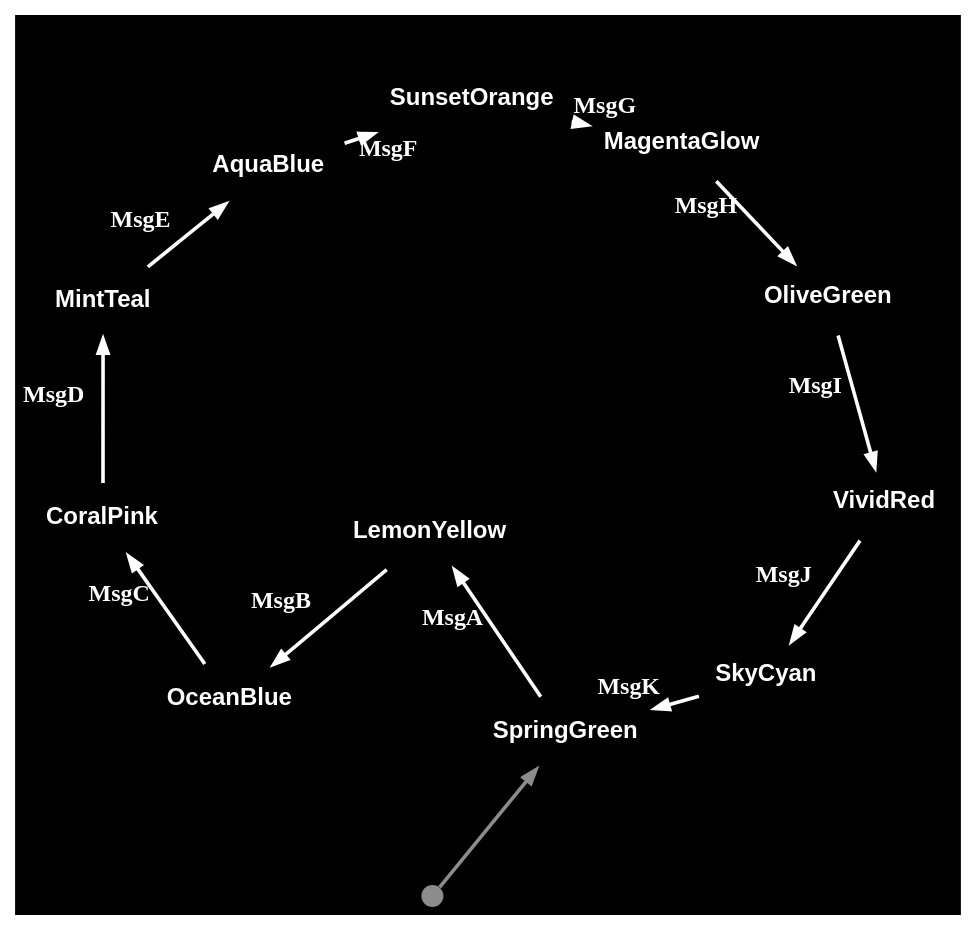
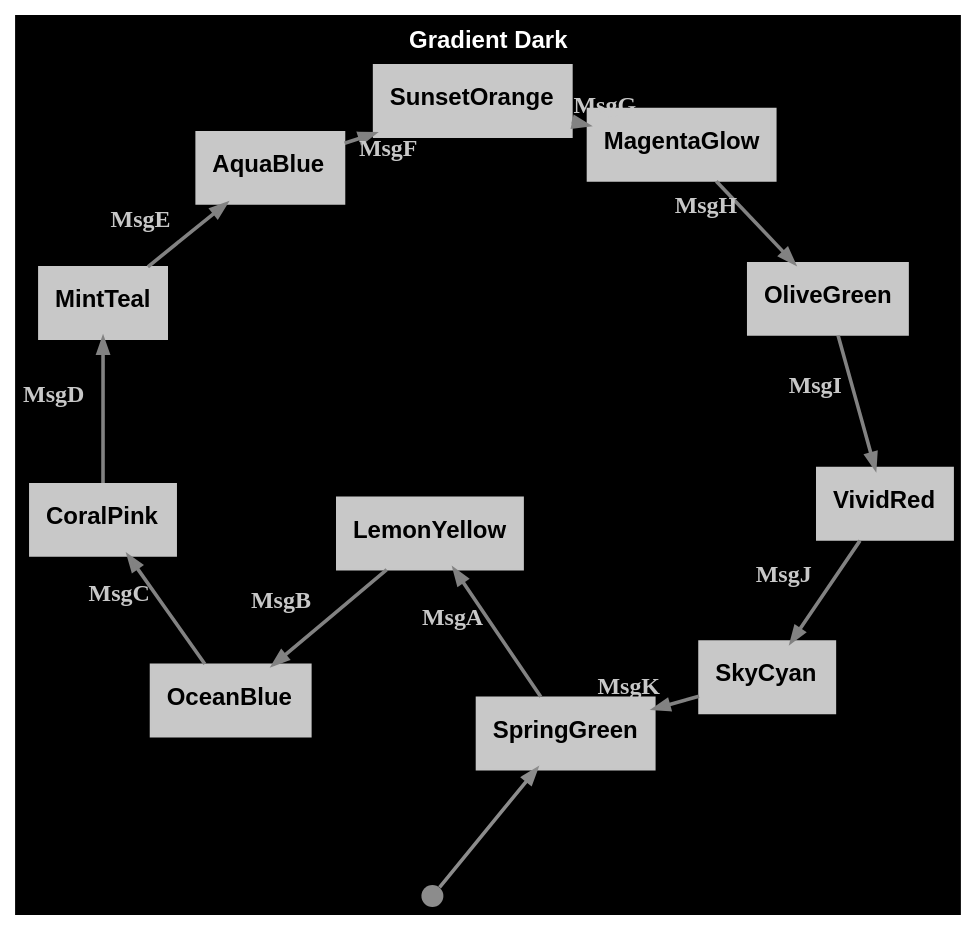
One commit to m-bock/purescript-transit changed the diagram in graphs/themes/gradient-dark.dot. Above: the diagram before and after it, drawn with Graphviz. The commit also changed 25 other files, not shown here.

Commit message:
Refactor graph definitions to enhance visual consistency by updating color attributes for nodes and edges across various dot and svg files. Adjust pen widths and color settings in the Door, Color Ring, and House of Santa Claus examples for improved clarity and aesthetics.

```diff
--- a/graphs/themes/gradient-dark.dot
+++ b/graphs/themes/gradient-dark.dot
@@ -1,29 +1,29 @@
 digraph 
 {
-rankdir = "TD";fontname = "Arial";label = <<b>Gradient Dark</b>>;labelloc = "t";fontsize = 12;bgcolor = "#000000"
+rankdir = "TD";fontname = "Arial";label = <<b>Gradient Dark</b>>;labelloc = "t";fontsize = 12;bgcolor = "#000000";fontcolor = "#ffffff"
 graph [layout=sfdp;overlap=false, K=2.5, repulsiveforce=4, splines=true];
-SpringGreen [shape = "box", label = <<b>SpringGreen</b>>, fontsize = 12, style = "filled", fillcolor = "#000000", fontcolor = "#ffffff", fontname = "Arial", labelloc = "c", penwidth = 0.0]
+SpringGreen [shape = "box", label = <<b>SpringGreen</b>>, fontsize = 12, style = "filled", fillcolor = "#c8c8c8", fontcolor = "#000000", color = "#c8c8c8", fontname = "Arial", labelloc = "c", penwidth = 1.0]
 __Start__ [shape = "circle", label = "", width = 0.15, height = 0.15, fixedsize = true, style = "filled", fillcolor = "#8c8c8c", penwidth = 0.0]
 __Start__ -> SpringGreen [color = "#8c8c8c", fontsize = 12, arrowsize = "0.7", penwidth = 1.8]
-SpringGreen -> LemonYellow [color = "#ffffff", fontcolor = "#ffffff", fontsize = 12, arrowsize = "0.7", label = <<b>MsgA</b>>, penwidth = 1.8]
-LemonYellow [shape = "box", label = <<b>LemonYellow</b>>, fontsize = 12, style = "filled", fillcolor = "#000000", fontcolor = "#ffffff", fontname = "Arial", labelloc = "c", penwidth = 0.0]
-LemonYellow -> OceanBlue [color = "#ffffff", fontcolor = "#ffffff", fontsize = 12, arrowsize = "0.7", label = <<b>MsgB</b>>, penwidth = 1.8]
-OceanBlue [shape = "box", label = <<b>OceanBlue</b>>, fontsize = 12, style = "filled", fillcolor = "#000000", fontcolor = "#ffffff", fontname = "Arial", labelloc = "c", penwidth = 0.0]
-OceanBlue -> CoralPink [color = "#ffffff", fontcolor = "#ffffff", fontsize = 12, arrowsize = "0.7", label = <<b>MsgC</b>>, penwidth = 1.8]
-CoralPink [shape = "box", label = <<b>CoralPink</b>>, fontsize = 12, style = "filled", fillcolor = "#000000", fontcolor = "#ffffff", fontname = "Arial", labelloc = "c", penwidth = 0.0]
-CoralPink -> MintTeal [color = "#ffffff", fontcolor = "#ffffff", fontsize = 12, arrowsize = "0.7", label = <<b>MsgD</b>>, penwidth = 1.8]
-MintTeal [shape = "box", label = <<b>MintTeal</b>>, fontsize = 12, style = "filled", fillcolor = "#000000", fontcolor = "#ffffff", fontname = "Arial", labelloc = "c", penwidth = 0.0]
-MintTeal -> AquaBlue [color = "#ffffff", fontcolor = "#ffffff", fontsize = 12, arrowsize = "0.7", label = <<b>MsgE</b>>, penwidth = 1.8]
-AquaBlue [shape = "box", label = <<b>AquaBlue</b>>, fontsize = 12, style = "filled", fillcolor = "#000000", fontcolor = "#ffffff", fontname = "Arial", labelloc = "c", penwidth = 0.0]
-AquaBlue -> SunsetOrange [color = "#ffffff", fontcolor = "#ffffff", fontsize = 12, arrowsize = "0.7", label = <<b>MsgF</b>>, penwidth = 1.8]
-SunsetOrange [shape = "box", label = <<b>SunsetOrange</b>>, fontsize = 12, style = "filled", fillcolor = "#000000", fontcolor = "#ffffff", fontname = "Arial", labelloc = "c", penwidth = 0.0]
-SunsetOrange -> MagentaGlow [color = "#ffffff", fontcolor = "#ffffff", fontsize = 12, arrowsize = "0.7", label = <<b>MsgG</b>>, penwidth = 1.8]
-MagentaGlow [shape = "box", label = <<b>MagentaGlow</b>>, fontsize = 12, style = "filled", fillcolor = "#000000", fontcolor = "#ffffff", fontname = "Arial", labelloc = "c", penwidth = 0.0]
-MagentaGlow -> OliveGreen [color = "#ffffff", fontcolor = "#ffffff", fontsize = 12, arrowsize = "0.7", label = <<b>MsgH</b>>, penwidth = 1.8]
-OliveGreen [shape = "box", label = <<b>OliveGreen</b>>, fontsize = 12, style = "filled", fillcolor = "#000000", fontcolor = "#ffffff", fontname = "Arial", labelloc = "c", penwidth = 0.0]
-OliveGreen -> VividRed [color = "#ffffff", fontcolor = "#ffffff", fontsize = 12, arrowsize = "0.7", label = <<b>MsgI</b>>, penwidth = 1.8]
-VividRed [shape = "box", label = <<b>VividRed</b>>, fontsize = 12, style = "filled", fillcolor = "#000000", fontcolor = "#ffffff", fontname = "Arial", labelloc = "c", penwidth = 0.0]
-VividRed -> SkyCyan [color = "#ffffff", fontcolor = "#ffffff", fontsize = 12, arrowsize = "0.7", label = <<b>MsgJ</b>>, penwidth = 1.8]
-SkyCyan [shape = "box", label = <<b>SkyCyan</b>>, fontsize = 12, style = "filled", fillcolor = "#000000", fontcolor = "#ffffff", fontname = "Arial", labelloc = "c", penwidth = 0.0]
-SkyCyan -> SpringGreen [color = "#ffffff", fontcolor = "#ffffff", fontsize = 12, arrowsize = "0.7", label = <<b>MsgK</b>>, penwidth = 1.8]
+SpringGreen -> LemonYellow [color = "#828282", fontcolor = "#c8c8c8", fontsize = 12, arrowsize = "0.7", label = <<b>MsgA</b>>, penwidth = 1.8]
+LemonYellow [shape = "box", label = <<b>LemonYellow</b>>, fontsize = 12, style = "filled", fillcolor = "#c8c8c8", fontcolor = "#000000", color = "#c8c8c8", fontname = "Arial", labelloc = "c", penwidth = 1.0]
+LemonYellow -> OceanBlue [color = "#828282", fontcolor = "#c8c8c8", fontsize = 12, arrowsize = "0.7", label = <<b>MsgB</b>>, penwidth = 1.8]
+OceanBlue [shape = "box", label = <<b>OceanBlue</b>>, fontsize = 12, style = "filled", fillcolor = "#c8c8c8", fontcolor = "#000000", color = "#c8c8c8", fontname = "Arial", labelloc = "c", penwidth = 1.0]
+OceanBlue -> CoralPink [color = "#828282", fontcolor = "#c8c8c8", fontsize = 12, arrowsize = "0.7", label = <<b>MsgC</b>>, penwidth = 1.8]
+CoralPink [shape = "box", label = <<b>CoralPink</b>>, fontsize = 12, style = "filled", fillcolor = "#c8c8c8", fontcolor = "#000000", color = "#c8c8c8", fontname = "Arial", labelloc = "c", penwidth = 1.0]
+CoralPink -> MintTeal [color = "#828282", fontcolor = "#c8c8c8", fontsize = 12, arrowsize = "0.7", label = <<b>MsgD</b>>, penwidth = 1.8]
+MintTeal [shape = "box", label = <<b>MintTeal</b>>, fontsize = 12, style = "filled", fillcolor = "#c8c8c8", fontcolor = "#000000", color = "#c8c8c8", fontname = "Arial", labelloc = "c", penwidth = 1.0]
+MintTeal -> AquaBlue [color = "#828282", fontcolor = "#c8c8c8", fontsize = 12, arrowsize = "0.7", label = <<b>MsgE</b>>, penwidth = 1.8]
+AquaBlue [shape = "box", label = <<b>AquaBlue</b>>, fontsize = 12, style = "filled", fillcolor = "#c8c8c8", fontcolor = "#000000", color = "#c8c8c8", fontname = "Arial", labelloc = "c", penwidth = 1.0]
+AquaBlue -> SunsetOrange [color = "#828282", fontcolor = "#c8c8c8", fontsize = 12, arrowsize = "0.7", label = <<b>MsgF</b>>, penwidth = 1.8]
+SunsetOrange [shape = "box", label = <<b>SunsetOrange</b>>, fontsize = 12, style = "filled", fillcolor = "#c8c8c8", fontcolor = "#000000", color = "#c8c8c8", fontname = "Arial", labelloc = "c", penwidth = 1.0]
+SunsetOrange -> MagentaGlow [color = "#828282", fontcolor = "#c8c8c8", fontsize = 12, arrowsize = "0.7", label = <<b>MsgG</b>>, penwidth = 1.8]
+MagentaGlow [shape = "box", label = <<b>MagentaGlow</b>>, fontsize = 12, style = "filled", fillcolor = "#c8c8c8", fontcolor = "#000000", color = "#c8c8c8", fontname = "Arial", labelloc = "c", penwidth = 1.0]
+MagentaGlow -> OliveGreen [color = "#828282", fontcolor = "#c8c8c8", fontsize = 12, arrowsize = "0.7", label = <<b>MsgH</b>>, penwidth = 1.8]
+OliveGreen [shape = "box", label = <<b>OliveGreen</b>>, fontsize = 12, style = "filled", fillcolor = "#c8c8c8", fontcolor = "#000000", color = "#c8c8c8", fontname = "Arial", labelloc = "c", penwidth = 1.0]
+OliveGreen -> VividRed [color = "#828282", fontcolor = "#c8c8c8", fontsize = 12, arrowsize = "0.7", label = <<b>MsgI</b>>, penwidth = 1.8]
+VividRed [shape = "box", label = <<b>VividRed</b>>, fontsize = 12, style = "filled", fillcolor = "#c8c8c8", fontcolor = "#000000", color = "#c8c8c8", fontname = "Arial", labelloc = "c", penwidth = 1.0]
+VividRed -> SkyCyan [color = "#828282", fontcolor = "#c8c8c8", fontsize = 12, arrowsize = "0.7", label = <<b>MsgJ</b>>, penwidth = 1.8]
+SkyCyan [shape = "box", label = <<b>SkyCyan</b>>, fontsize = 12, style = "filled", fillcolor = "#c8c8c8", fontcolor = "#000000", color = "#c8c8c8", fontname = "Arial", labelloc = "c", penwidth = 1.0]
+SkyCyan -> SpringGreen [color = "#828282", fontcolor = "#c8c8c8", fontsize = 12, arrowsize = "0.7", label = <<b>MsgK</b>>, penwidth = 1.8]
 }
```
